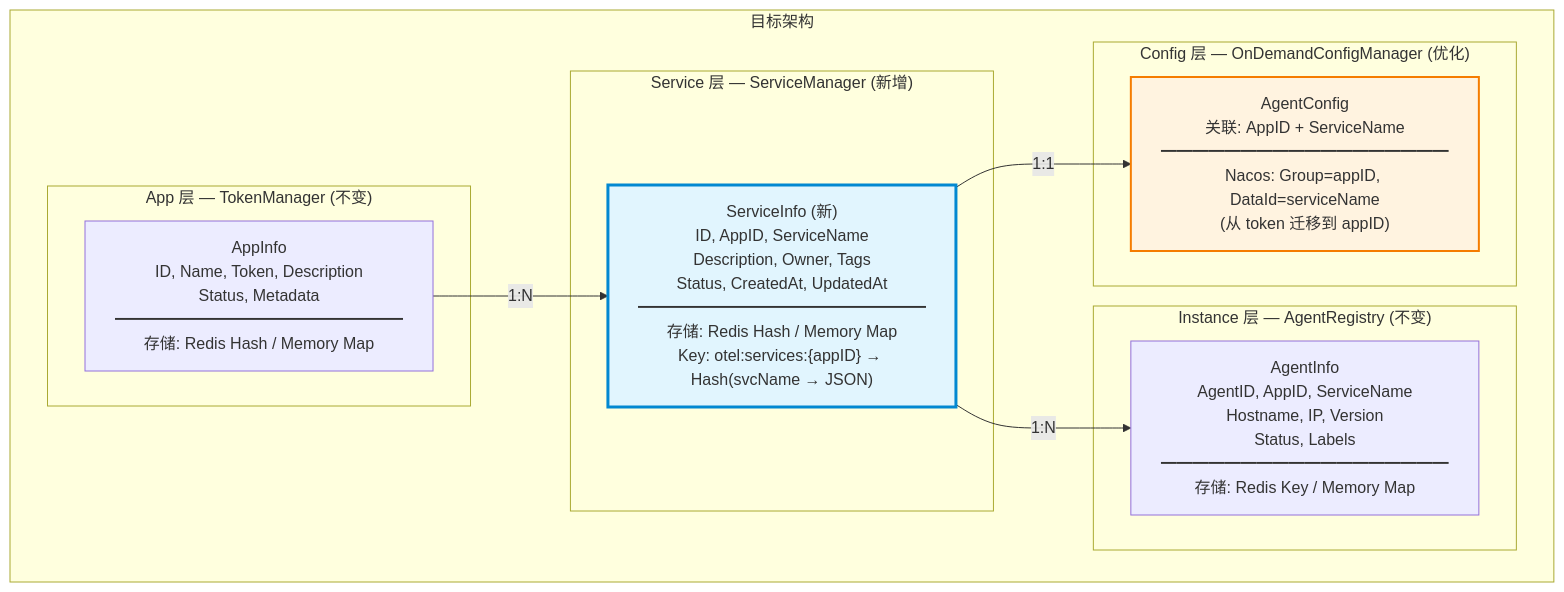
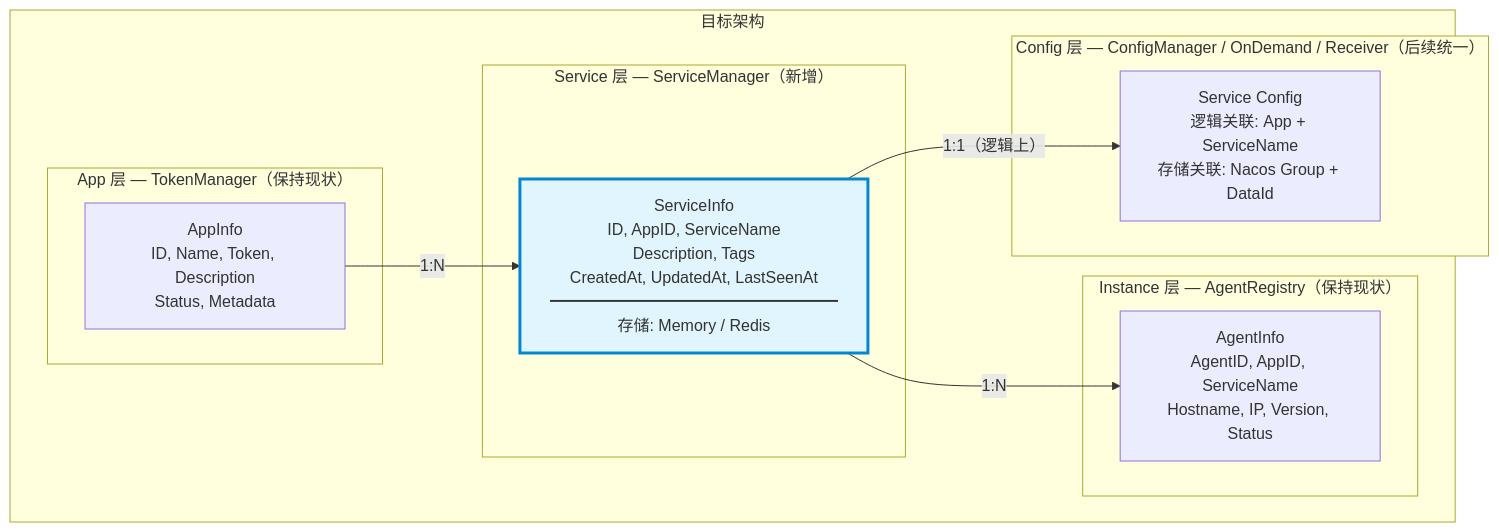
One commit to junjiewwang/custom-opentelemetry-collector changed the second of 6 diagrams in docs/service-entity-architecture.md. Above: the diagram before and after it, drawn with Mermaid. The commit also changed other lines of this file, not shown here.

First line of the commit message:
docs: update service entity architecture - Phase 1~5 progress

````diff
--- a/docs/service-entity-architecture.md
+++ b/docs/service-entity-architecture.md
@@ -97,27 +352,26 @@
 ```mermaid
 graph TB
     subgraph "目标架构"
-        subgraph "App 层 — TokenManager (不变)"
-            APP["AppInfo<br/>ID, Name, Token, Description<br/>Status, Metadata<br/>━━━━━━━━━━━━━━━━━━<br/>存储: Redis Hash / Memory Map"]
+        subgraph "App 层 — TokenManager（保持现状）"
+            APP["AppInfo<br/>ID, Name, Token, Description<br/>Status, Metadata"]
         end
 
-        subgraph "Service 层 — ServiceManager (新增)"
-            SVC["ServiceInfo (新)<br/>ID, AppID, ServiceName<br/>Description, Owner, Tags<br/>Status, CreatedAt, UpdatedAt<br/>━━━━━━━━━━━━━━━━━━<br/>存储: Redis Hash / Memory Map<br/>Key: otel:services:{appID} → Hash(svcName → JSON)"]
+        subgraph "Service 层 — ServiceManager（新增）"
+            SVC["ServiceInfo<br/>ID, AppID, ServiceName<br/>Description, Tags<br/>CreatedAt, UpdatedAt, LastSeenAt<br/>━━━━━━━━━━━━━━━━━━<br/>存储: Memory / Redis"]
         end
 
-        subgraph "Instance 层 — AgentRegistry (不变)"
-            INST["AgentInfo<br/>AgentID, AppID, ServiceName<br/>Hostname, IP, Version<br/>Status, Labels<br/>━━━━━━━━━━━━━━━━━━<br/>存储: Redis Key / Memory Map"]
+        subgraph "Instance 层 — AgentRegistry（保持现状）"
+            INST["AgentInfo<br/>AgentID, AppID, ServiceName<br/>Hostname, IP, Version, Status"]
         end
 
-        subgraph "Config 层 — OnDemandConfigManager (优化)"
-            CFG["AgentConfig<br/>关联: AppID + ServiceName<br/>━━━━━━━━━━━━━━━━━━<br/>Nacos: Group=appID, DataId=serviceName<br/>(从 token 迁移到 appID)"]
+        subgraph "Config 层 — ConfigManager / OnDemand / Receiver（后续统一）"
+            CFG["Service Config<br/>逻辑关联: App + ServiceName<br/>存储关联: Nacos Group + DataId"]
         end
     end
 
     APP -->|"1:N"| SVC
     SVC -->|"1:N"| INST
-    SVC -->|"1:1"| CFG
+    SVC -->|"1:1（逻辑上）"| CFG
 
     style SVC fill:#e1f5fe,stroke:#0288d1,stroke-width:3px
-    style CFG fill:#fff3e0,stroke:#f57c00,stroke-width:2px
 ```
````
